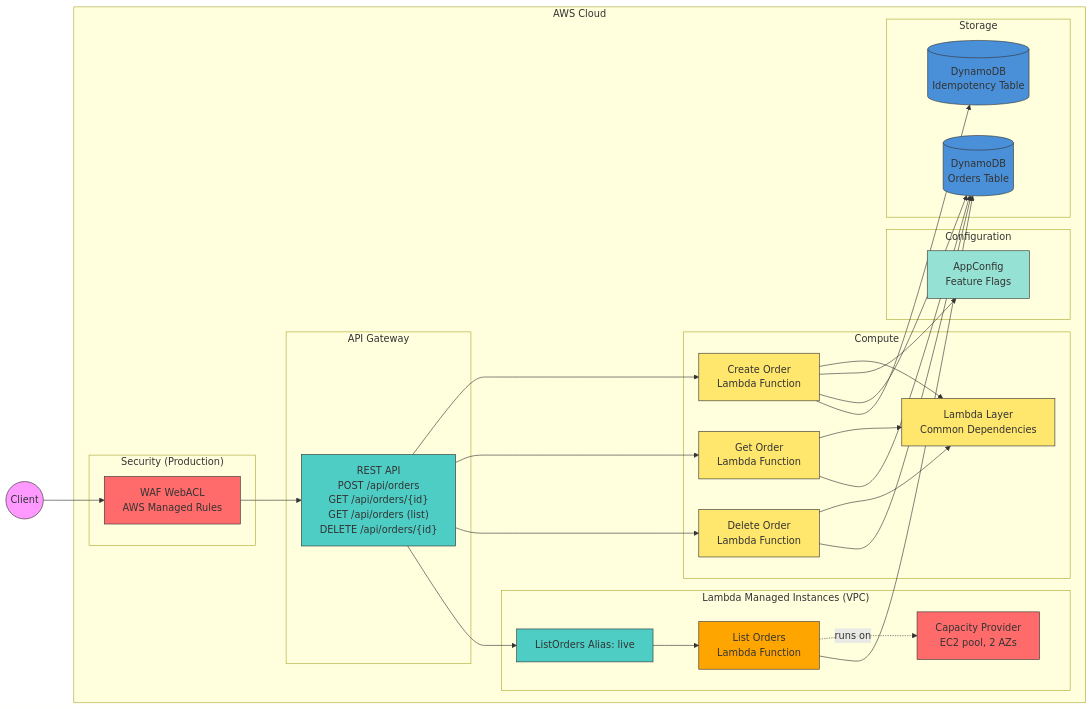
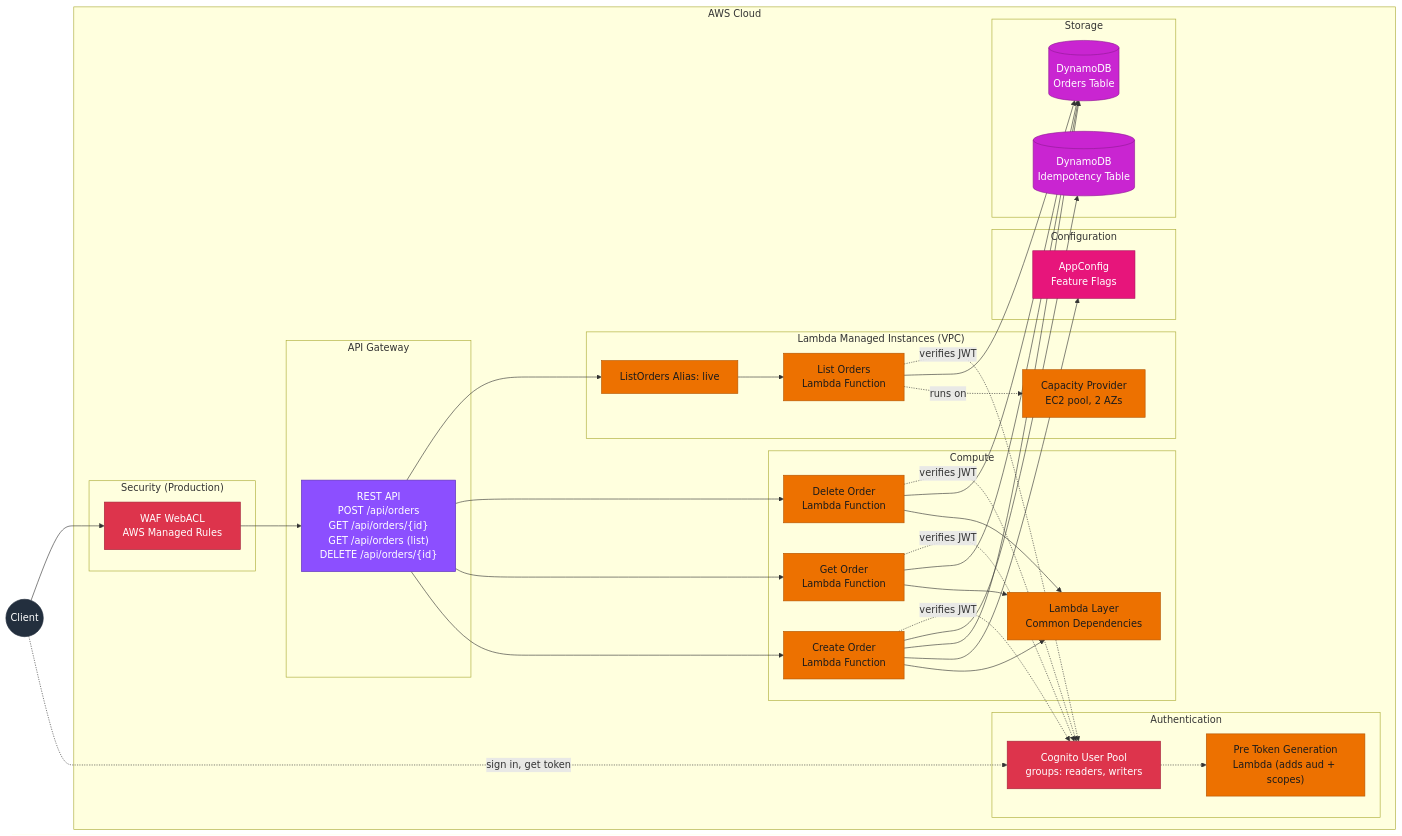
Before and after one commit to ran-isenberg/aws-lambda-handler-cookbook: the first of 2 diagrams in docs/index.md, drawn with Mermaid. The commit also changed other lines of this file and 10 other files, not shown here.

First line of the commit message:
docs: auth and authorization docs, theme-safe diagrams, sorted lists

````diff
--- a/docs/index.md
+++ b/docs/index.md
@@ -36,66 +36,76 @@
 ```mermaid
 flowchart LR
     subgraph AWS["AWS Cloud"]
         subgraph APIGW["API Gateway"]
             REST["REST API<br/>POST /api/orders<br/>GET /api/orders/{id}<br/>GET /api/orders (list)<br/>DELETE /api/orders/{id}"]
         end
 
         subgraph Security["Security (Production)"]
             WAF["WAF WebACL<br/>AWS Managed Rules"]
         end
 
         subgraph Compute["Compute"]
             CREATE["Create Order<br/>Lambda Function"]
             GET["Get Order<br/>Lambda Function"]
             DELETE["Delete Order<br/>Lambda Function"]
             LAYER["Lambda Layer<br/>Common Dependencies"]
         end
 
         subgraph LMI["Lambda Managed Instances (VPC)"]
             LIST_ALIAS["ListOrders Alias: live"]
             LIST["List Orders<br/>Lambda Function"]
             CP["Capacity Provider<br/>EC2 pool, 2 AZs"]
         end
 
+        subgraph Auth["Authentication"]
+            COGNITO["Cognito User Pool<br/>groups: readers, writers"]
+            PRETOKEN["Pre Token Generation<br/>Lambda (adds aud + scopes)"]
+        end
+
         subgraph Config["Configuration"]
             APPCONFIG["AppConfig<br/>Feature Flags"]
         end
 
         subgraph Storage["Storage"]
             DDB[("DynamoDB<br/>Orders Table")]
             IDEMPOTENCY[("DynamoDB<br/>Idempotency Table")]
         end
     end
 
-    CLIENT((Client)) --> WAF
+    CLIENT((Client)) -.sign in, get token.-> COGNITO
+    COGNITO -.-> PRETOKEN
+    CLIENT --> WAF
     WAF --> REST
     REST --> CREATE
     REST --> GET
     REST --> DELETE
     REST --> LIST_ALIAS
     LIST_ALIAS --> LIST
     LIST -.runs on.-> CP
     CREATE --> LAYER
     GET --> LAYER
     DELETE --> LAYER
     CREATE --> APPCONFIG
     CREATE --> DDB
     CREATE --> IDEMPOTENCY
     GET --> DDB
     DELETE --> DDB
     LIST --> DDB
+    CREATE -.verifies JWT.-> COGNITO
+    GET -.verifies JWT.-> COGNITO
+    DELETE -.verifies JWT.-> COGNITO
+    LIST -.verifies JWT.-> COGNITO
 
-    style CLIENT fill:#f9f,stroke:#333
-    style WAF fill:#ff6b6b,stroke:#333
-    style REST fill:#4ecdc4,stroke:#333
-    style CREATE fill:#ffe66d,stroke:#333
-    style GET fill:#ffe66d,stroke:#333
-    style DELETE fill:#ffe66d,stroke:#333
-    style LAYER fill:#ffe66d,stroke:#333
-    style LIST fill:#ffa500,stroke:#333
-    style LIST_ALIAS fill:#4ecdc4,stroke:#333
-    style CP fill:#ff6b6b,stroke:#333
-    style APPCONFIG fill:#95e1d3,stroke:#333
-    style DDB fill:#4a90d9,stroke:#333
-    style IDEMPOTENCY fill:#4a90d9,stroke:#333
+    classDef client fill:#232F3E,stroke:#232F3E,color:#fff
+    classDef network fill:#8C4FFF,stroke:#5A30B5,color:#fff
+    classDef security fill:#DD344C,stroke:#A3233A,color:#fff
+    classDef compute fill:#ED7100,stroke:#B35500,color:#1b1b1b
+    classDef database fill:#C925D1,stroke:#8F1A95,color:#fff
+    classDef management fill:#E7157B,stroke:#A50F58,color:#fff
+    class CLIENT client
+    class WAF,COGNITO security
+    class REST network
+    class CREATE,GET,DELETE,LAYER,LIST,LIST_ALIAS,CP,PRETOKEN compute
+    class DDB,IDEMPOTENCY database
+    class APPCONFIG management
 ```
````
